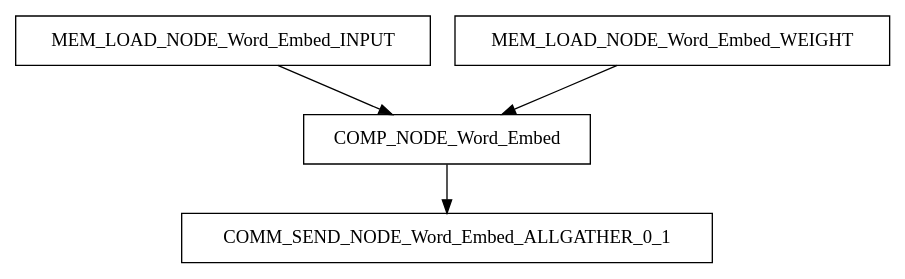
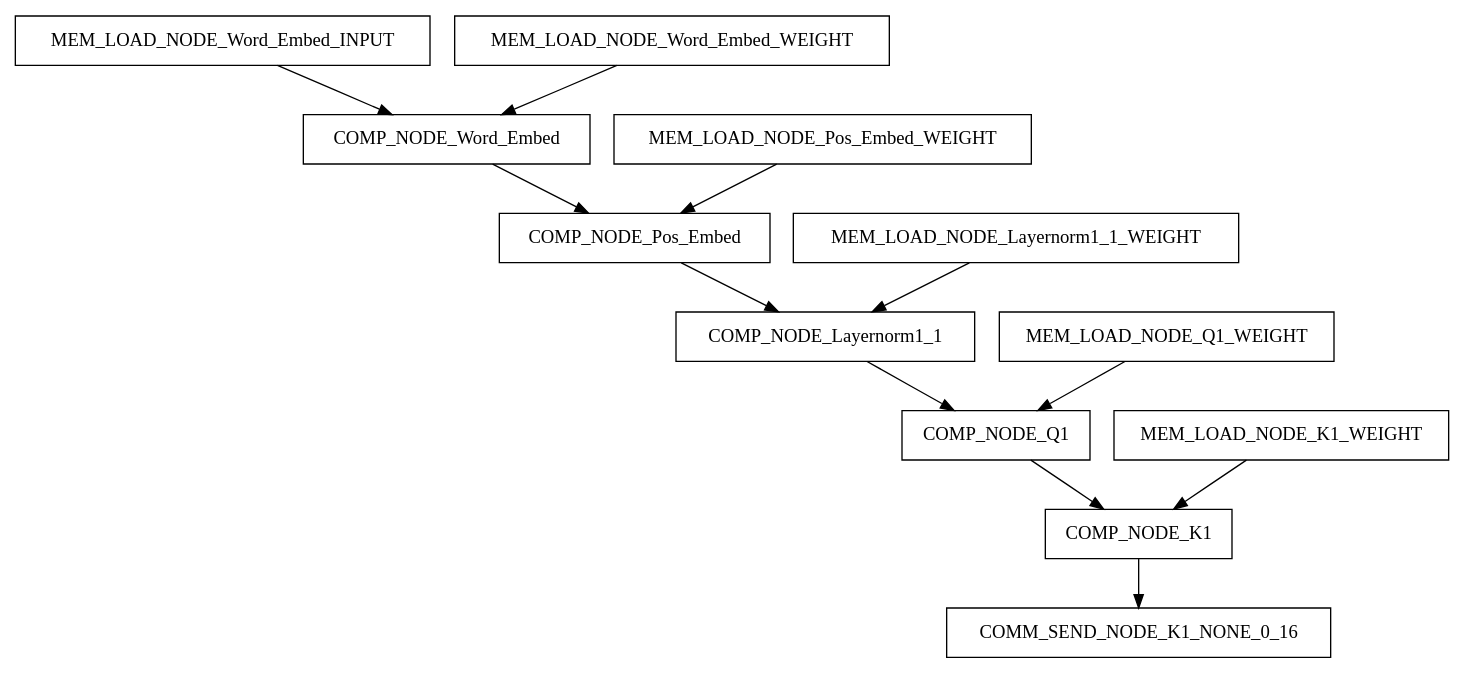
Before and after one commit to wamos/astra-sim: the diagram in outputs/custom_workload/llm.0.dot, drawn with Graphviz. The commit also changed 3 other files, not shown here.

```diff
--- a/outputs/custom_workload/llm.0.dot
+++ b/outputs/custom_workload/llm.0.dot
@@ -1,35 +1,99 @@
 digraph {
-	graph [bb="0,0,655.5,183"];
+	graph [bb="0,0,1075,475"];
 	node [label="\N"];
 	0	[height=0.51389,
 		id=0,
 		label=MEM_LOAD_NODE_Word_Embed_INPUT,
-		pos="155.5,164.5",
-		rects="0,146.5,311,182.5",
+		pos="155.5,456.5",
+		rects="0,438.5,311,474.5",
 		shape=record,
 		width=4.3194];
 	2	[height=0.51389,
 		id=2,
 		label=COMP_NODE_Word_Embed,
-		pos="323.5,91.5",
-		rects="216,73.5,431,109.5",
+		pos="323.5,383.5",
+		rects="216,365.5,431,401.5",
 		shape=record,
 		width=2.9861];
-	0 -> 2	[pos="e,283.01,109.61 195.74,146.49 219.15,136.6 248.86,124.04 273.73,113.53"];
+	0 -> 2	[pos="e,283.01,401.61 195.74,438.49 219.15,428.6 248.86,416.04 273.73,405.53"];
 	1	[height=0.51389,
 		id=1,
 		label=MEM_LOAD_NODE_Word_Embed_WEIGHT,
-		pos="492.5,164.5",
-		rects="329.5,146.5,655.5,182.5",
+		pos="492.5,456.5",
+		rects="329.5,438.5,655.5,474.5",
 		shape=record,
 		width=4.5278];
-	1 -> 2	[pos="e,364.24,109.61 452.02,146.49 428.47,136.6 398.59,124.04 373.56,113.53"];
+	1 -> 2	[pos="e,364.24,401.61 452.02,438.49 428.47,428.6 398.59,416.04 373.56,405.53"];
+	4	[height=0.51389,
+		id=4,
+		label=COMP_NODE_Pos_Embed,
+		pos="464.5,310.5",
+		rects="363,292.5,566,328.5",
+		shape=record,
+		width=2.8194];
+	2 -> 4	[pos="e,430.51,328.61 357.27,365.49 376.49,355.82 400.76,343.6 421.35,333.23"];
 	3	[height=0.51389,
 		id=3,
-		label=COMM_SEND_NODE_Word_Embed_ALLGATHER_0_1,
-		pos="323.5,18.5",
-		rects="124.5,0.5,522.5,36.5",
+		label=MEM_LOAD_NODE_Pos_Embed_WEIGHT,
+		pos="605.5,383.5",
+		rects="449,365.5,762,401.5",
 		shape=record,
-		width=5.5278];
-	2 -> 3	[pos="e,323.5,36.529 323.5,73.313 323.5,65.289 323.5,55.547 323.5,46.569"];
+		width=4.3472];
+	3 -> 4	[pos="e,498.49,328.61 571.73,365.49 552.51,355.82 528.24,343.6 507.65,333.23"];
+	6	[height=0.51389,
+		id=6,
+		label=COMP_NODE_Layernorm1_1,
+		pos="607.5,237.5",
+		rects="495.5,219.5,719.5,255.5",
+		shape=record,
+		width=3.1111];
+	4 -> 6	[pos="e,573.03,255.61 498.75,292.49 518.33,282.77 543.08,270.49 564.02,260.09"];
+	5	[height=0.51389,
+		id=5,
+		label=MEM_LOAD_NODE_Layernorm1_1_WEIGHT,
+		pos="750.5,310.5",
+		rects="583.5,292.5,917.5,328.5",
+		shape=record,
+		width=4.6389];
+	5 -> 6	[pos="e,641.97,255.61 716.25,292.49 696.67,282.77 671.92,270.49 650.98,260.09"];
+	8	[height=0.51389,
+		id=8,
+		label=COMP_NODE_Q1,
+		pos="735.5,164.5",
+		rects="665,146.5,806,182.5",
+		shape=record,
+		width=1.9583];
+	6 -> 8	[pos="e,704.65,182.61 638.16,219.49 655.45,209.9 677.24,197.82 695.82,187.51"];
+	7	[height=0.51389,
+		id=7,
+		label=MEM_LOAD_NODE_Q1_WEIGHT,
+		pos="863.5,237.5",
+		rects="738,219.5,989,255.5",
+		shape=record,
+		width=3.4861];
+	7 -> 8	[pos="e,766.35,182.61 832.84,219.49 815.55,209.9 793.76,197.82 775.18,187.51"];
+	10	[height=0.51389,
+		id=10,
+		label=COMP_NODE_K1,
+		pos="842.5,91.5",
+		rects="772.5,73.5,912.5,109.5",
+		shape=record,
+		width=1.9444];
+	8 -> 10	[pos="e,816.71,109.61 761.13,146.49 775.19,137.17 792.81,125.47 808.05,115.36"];
+	9	[height=0.51389,
+		id=9,
+		label=MEM_LOAD_NODE_K1_WEIGHT,
+		pos="949.5,164.5",
+		rects="824,146.5,1075,182.5",
+		shape=record,
+		width=3.4861];
+	9 -> 10	[pos="e,868.29,109.61 923.87,146.49 909.81,137.17 892.19,125.47 876.95,115.36"];
+	11	[height=0.51389,
+		id=11,
+		label=COMM_SEND_NODE_K1_NONE_0_16,
+		pos="842.5,18.5",
+		rects="698.5,0.5,986.5,36.5",
+		shape=record,
+		width=4];
+	10 -> 11	[pos="e,842.5,36.529 842.5,73.313 842.5,65.289 842.5,55.547 842.5,46.569"];
 }
```
